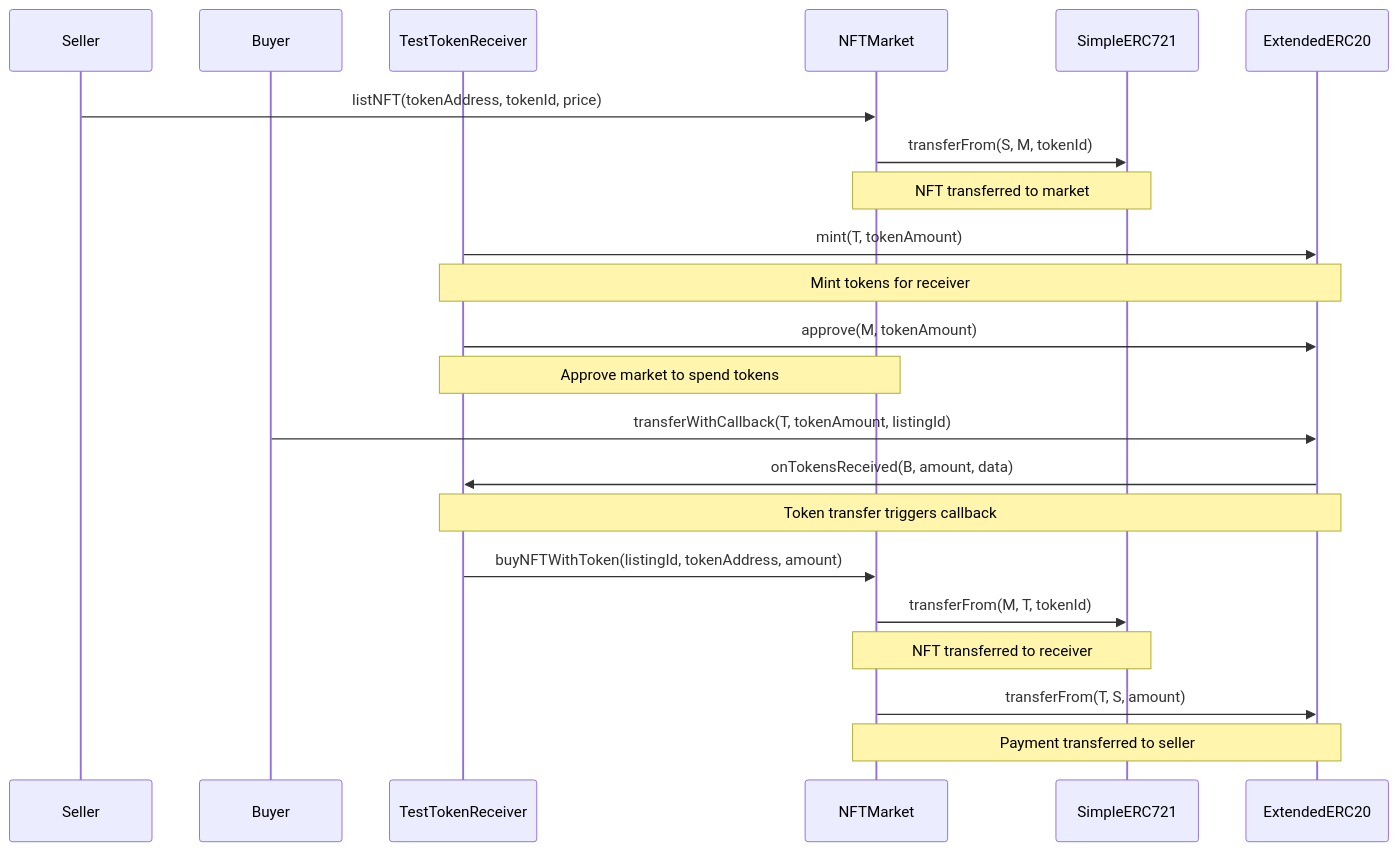
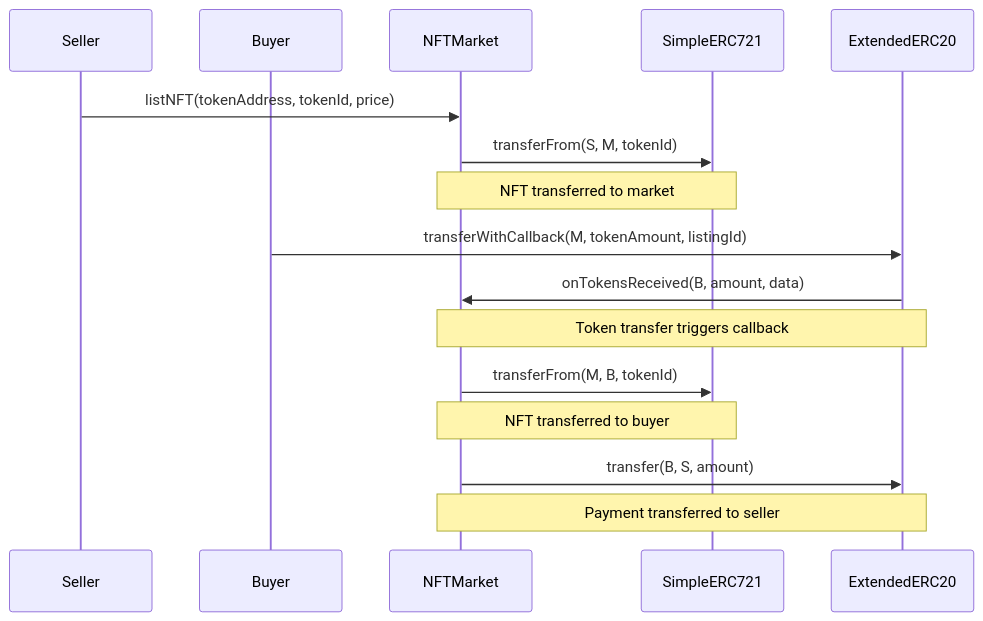
One commit to suogongy/decert_me changed the third of 4 diagrams in NFTMarketV1/README.md. Above: the diagram before and after it, drawn with Mermaid. The commit also changed other lines of this file, not shown here.

Commit message:
update reademe.md for nft market v1

````diff
--- a/NFTMarketV1/README.md
+++ b/NFTMarketV1/README.md
@@ -96,30 +99,22 @@
 ```mermaid
 sequenceDiagram
     participant S as Seller
     participant B as Buyer
-    participant T as TestTokenReceiver
     participant M as NFTMarket
     participant N as SimpleERC721
     participant E as ExtendedERC20
 
     S->>M: listNFT(tokenAddress, tokenId, price)
     M->>N: transferFrom(S, M, tokenId)
     Note over M,N: NFT transferred to market
 
-    T->>E: mint(T, tokenAmount)
-    Note over T,E: Mint tokens for receiver
+    B->>E: transferWithCallback(M, tokenAmount, listingId)
+    E->>M: onTokensReceived(B, amount, data)
+    Note over E,M: Token transfer triggers callback
 
-    T->>E: approve(M, tokenAmount)
-    Note over T,M: Approve market to spend tokens
+    M->>N: transferFrom(M, B, tokenId)
+    Note over M,N: NFT transferred to buyer
 
-    B->>E: transferWithCallback(T, tokenAmount, listingId)
-    E->>T: onTokensReceived(B, amount, data)
-    Note over E,T: Token transfer triggers callback
-
-    T->>M: buyNFTWithToken(listingId, tokenAddress, amount)
-    M->>N: transferFrom(M, T, tokenId)
-    Note over M,N: NFT transferred to receiver
-
-    M->>E: transferFrom(T, S, amount)
+    M->>E: transfer(B, S, amount)
     Note over M,E: Payment transferred to seller
 ```
````
